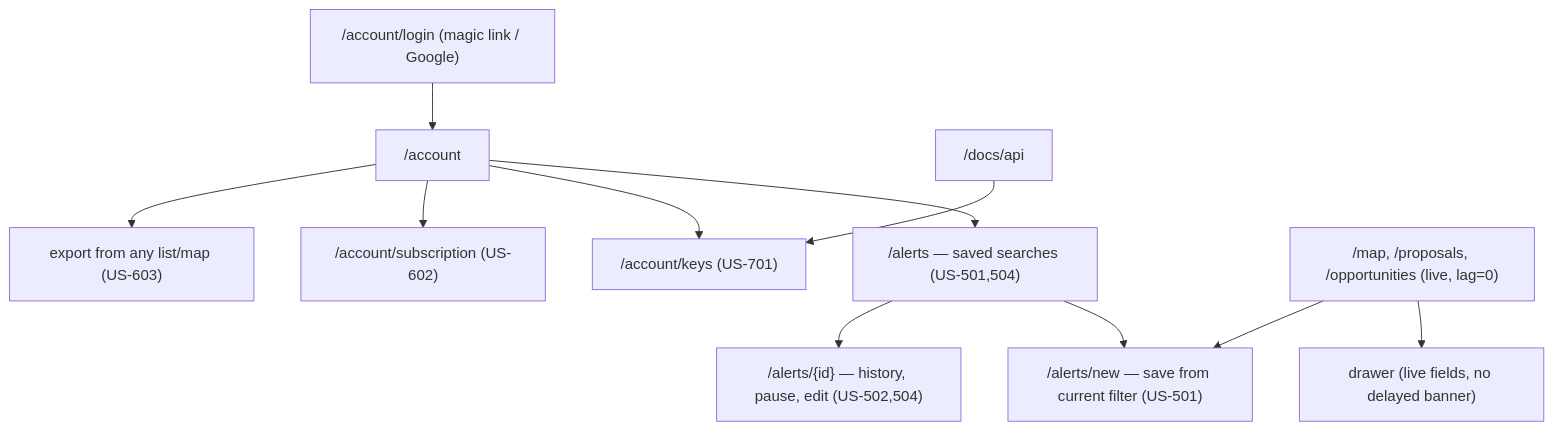
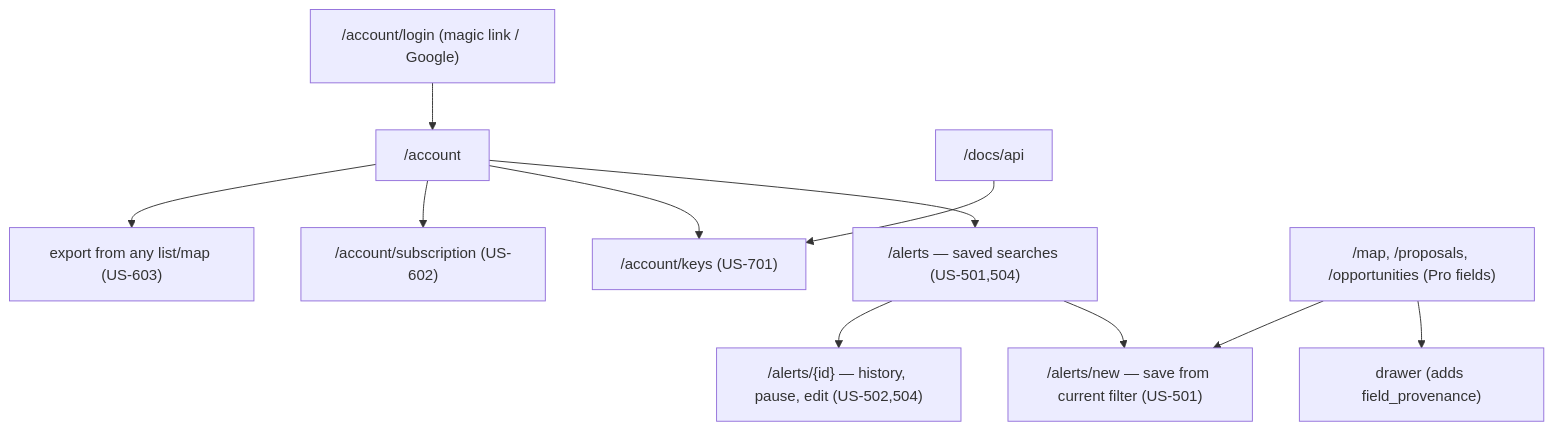
One commit to Tobombadil/Bankable changed the second of 9 diagrams in docs/30-design-ia.md. Above: the diagram before and after it, drawn with Mermaid. The commit also changed other lines of this file and 56 other files, not shown here.

````diff
--- a/docs/30-design-ia.md
+++ b/docs/30-design-ia.md
@@ -56,13 +56,13 @@
 ```mermaid
 flowchart TD
   L["/account/login (magic link / Google)"] --> ACC["/account"]
   ACC --> SS["/alerts — saved searches (US-501,504)"]
   ACC --> KEYS["/account/keys (US-701)"]
   ACC --> SUB["/account/subscription (US-602)"]
   ACC --> EXP["export from any list/map (US-603)"]
   SS --> SSN["/alerts/new — save from current filter (US-501)"]
   SS --> SSD["/alerts/{id} — history, pause, edit (US-502,504)"]
-  M2["/map, /proposals, /opportunities (live, lag=0)"] --> DR2["drawer (live fields, no delayed banner)"]
+  M2["/map, /proposals, /opportunities (Pro fields)"] --> DR2["drawer (adds field_provenance)"]
   M2 --> SSN
   DOCS2["/docs/api"] --> KEYS
 ```
````
